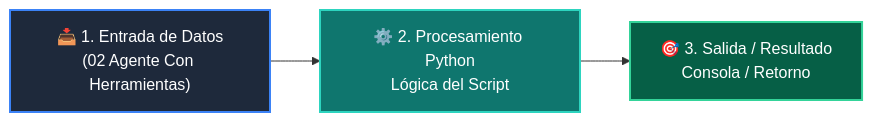
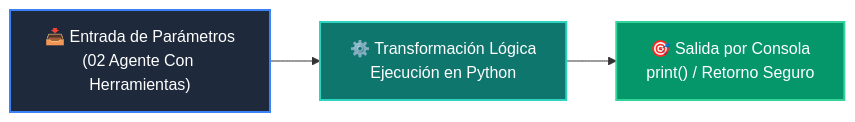
The diagram in 03-agentes-ia/clase-07-agentes-autonomos-react/ejemplos/ejemplo_02_agente_con_herramientas/README.md (wisrovi/wisrovi-python), drawn with Mermaid before and after one commit. The commit also changed other lines of this file and 226 other files, not shown here.

Commit message:
docs: elevate all repository READMEs to world-class mastery standard with rich pedagogical architecture, custom Mermaids, and professional styling

````diff
--- a/03-agentes-ia/clase-07-agentes-autonomos-react/ejemplos/ejemplo_02_agente_con_herramientas/README.md
+++ b/03-agentes-ia/clase-07-agentes-autonomos-react/ejemplos/ejemplo_02_agente_con_herramientas/README.md
@@ -12,9 +19,9 @@
 ```mermaid
 flowchart LR
-    A["📥 1. Entrada de Datos<br/>(02 Agente Con Herramientas)"] --> B["⚙️ 2. Procesamiento Python<br/>Lógica del Script"]
-    B --> C["🎯 3. Salida / Resultado<br/>Consola / Retorno"]
+    A["📥 Entrada de Parámetros<br/>(02 Agente Con Herramientas)"] --> B["⚙️ Transformación Lógica<br/>Ejecución en Python"]
+    B --> C["🎯 Salida por Consola<br/>print() / Retorno Seguro"]
 
-    style A fill:#1e293b,color:#fff,stroke:#3b82f6,stroke-width:2px
-    style B fill:#0f766e,color:#fff,stroke:#2dd4bf,stroke-width:2px
-    style C fill:#065f46,color:#fff,stroke:#34d399,stroke-width:2px
+    style A fill:#1e293b,color:#ffffff,stroke:#3b82f6,stroke-width:2px
+    style B fill:#0f766e,color:#ffffff,stroke:#2dd4bf,stroke-width:2px
+    style C fill:#059669,color:#ffffff,stroke:#34d399,stroke-width:2px
 ```
````
